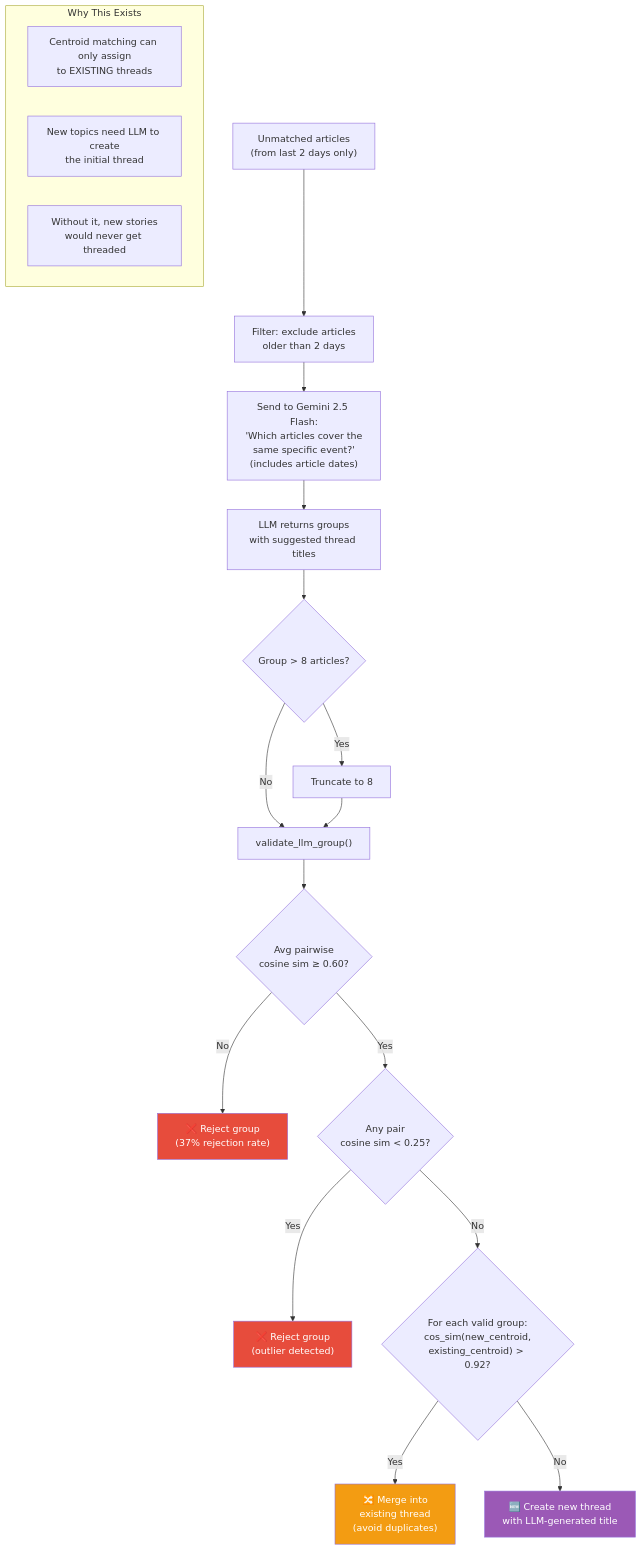
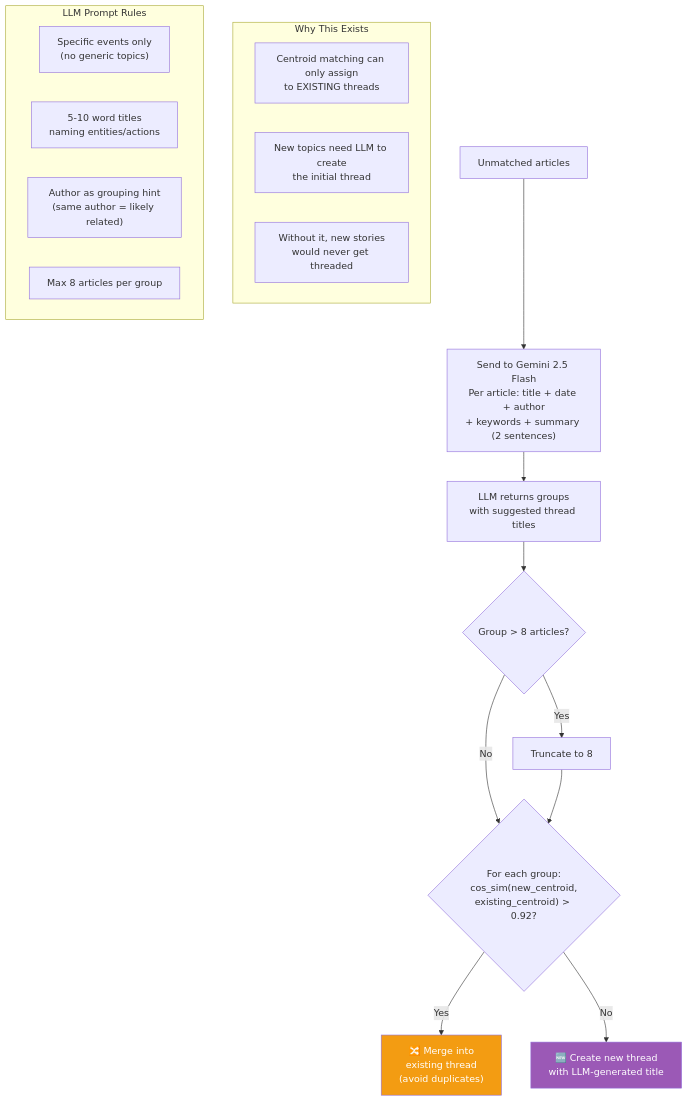
The fifth of 9 diagrams in docs/1.2-news-threading-visual.md (choym92/araverus), drawn with Mermaid before and after one commit. The commit also changed other lines of this file and 35 other files, not shown here.

````diff
--- a/docs/1.2-news-threading-visual.md
+++ b/docs/1.2-news-threading-visual.md
@@ -155,34 +149,31 @@
 ```mermaid
 flowchart TD
-    IN["Unmatched articles<br/>(from last 2 days only)"] --> FILTER["Filter: exclude articles<br/>older than 2 days"]
-    FILTER --> LLM["Send to Gemini 2.5 Flash:<br/>'Which articles cover the<br/>same specific event?'<br/>(includes article dates)"]
+    IN["Unmatched articles"] --> LLM["Send to Gemini 2.5 Flash<br/>Per article: title + date + author<br/>+ keywords + summary (2 sentences)"]
 
     LLM --> GROUPS["LLM returns groups<br/>with suggested thread titles"]
 
     GROUPS --> SIZECAP{"Group > 8 articles?"}
     SIZECAP -->|Yes| TRUNCATE["Truncate to 8"]
-    SIZECAP -->|No| VALIDATE
-    TRUNCATE --> VALIDATE
+    SIZECAP -->|No| MERGE_CHECK
+    TRUNCATE --> MERGE_CHECK
 
-    VALIDATE["validate_llm_group()"]
-    VALIDATE --> AVG{"Avg pairwise<br/>cosine sim ≥ 0.60?"}
-    AVG -->|No| REJECT["❌ Reject group<br/>(37% rejection rate)"]
-    AVG -->|Yes| FLOOR{"Any pair<br/>cosine sim < 0.25?"}
-    FLOOR -->|Yes| REJECT2["❌ Reject group<br/>(outlier detected)"]
-    FLOOR -->|No| MERGE_CHECK
-
-    MERGE_CHECK{"For each valid group:<br/>cos_sim(new_centroid,<br/>existing_centroid) > 0.92?"}
+    MERGE_CHECK{"For each group:<br/>cos_sim(new_centroid,<br/>existing_centroid) > 0.92?"}
     MERGE_CHECK -->|Yes| MERGE["🔀 Merge into<br/>existing thread<br/>(avoid duplicates)"]
     MERGE_CHECK -->|No| CREATE["🆕 Create new thread<br/>with LLM-generated title"]
 
     subgraph "Why This Exists"
         WHY1["Centroid matching can only assign<br/>to EXISTING threads"]
         WHY2["New topics need LLM to create<br/>the initial thread"]
         WHY3["Without it, new stories<br/>would never get threaded"]
     end
 
-    style REJECT fill:#e74c3c,color:#fff
-    style REJECT2 fill:#e74c3c,color:#fff
+    subgraph "LLM Prompt Rules"
+        R1["Specific events only<br/>(no generic topics)"]
+        R2["5-10 word titles<br/>naming entities/actions"]
+        R3["Author as grouping hint<br/>(same author = likely related)"]
+        R4["Max 8 articles per group"]
+    end
+
     style MERGE fill:#f39c12,color:#fff
     style CREATE fill:#9b59b6,color:#fff
 ```
````
